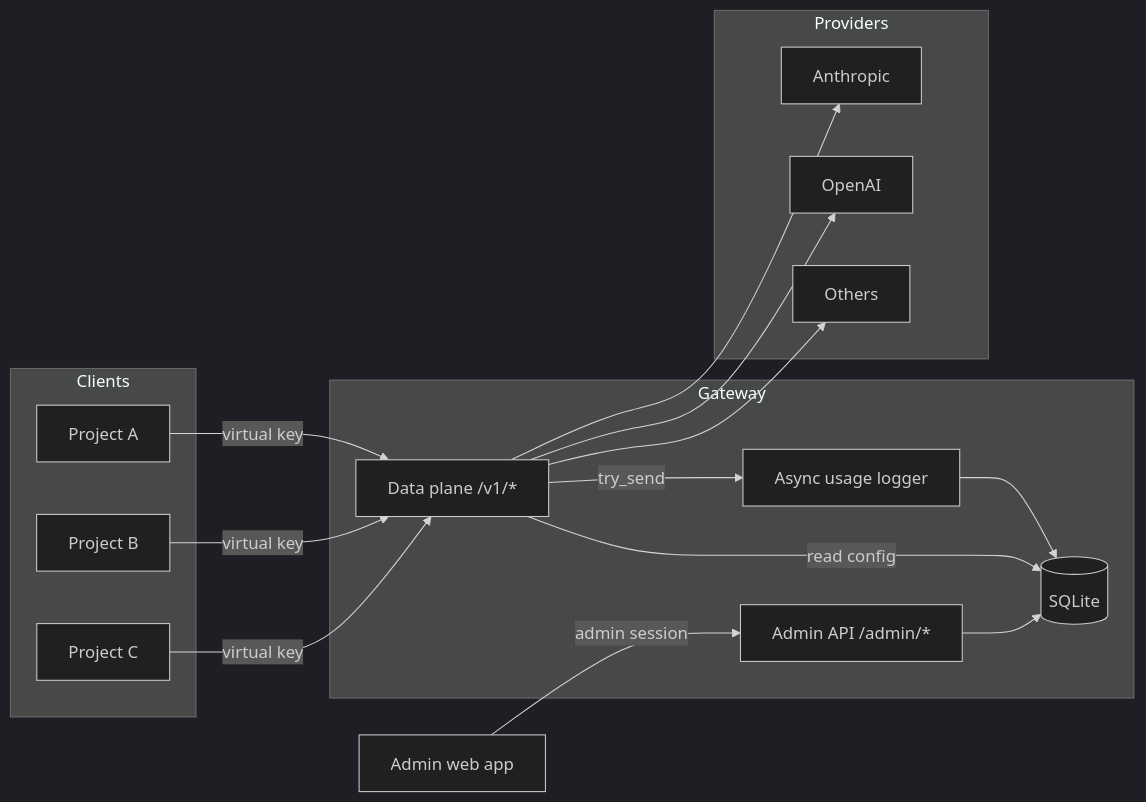
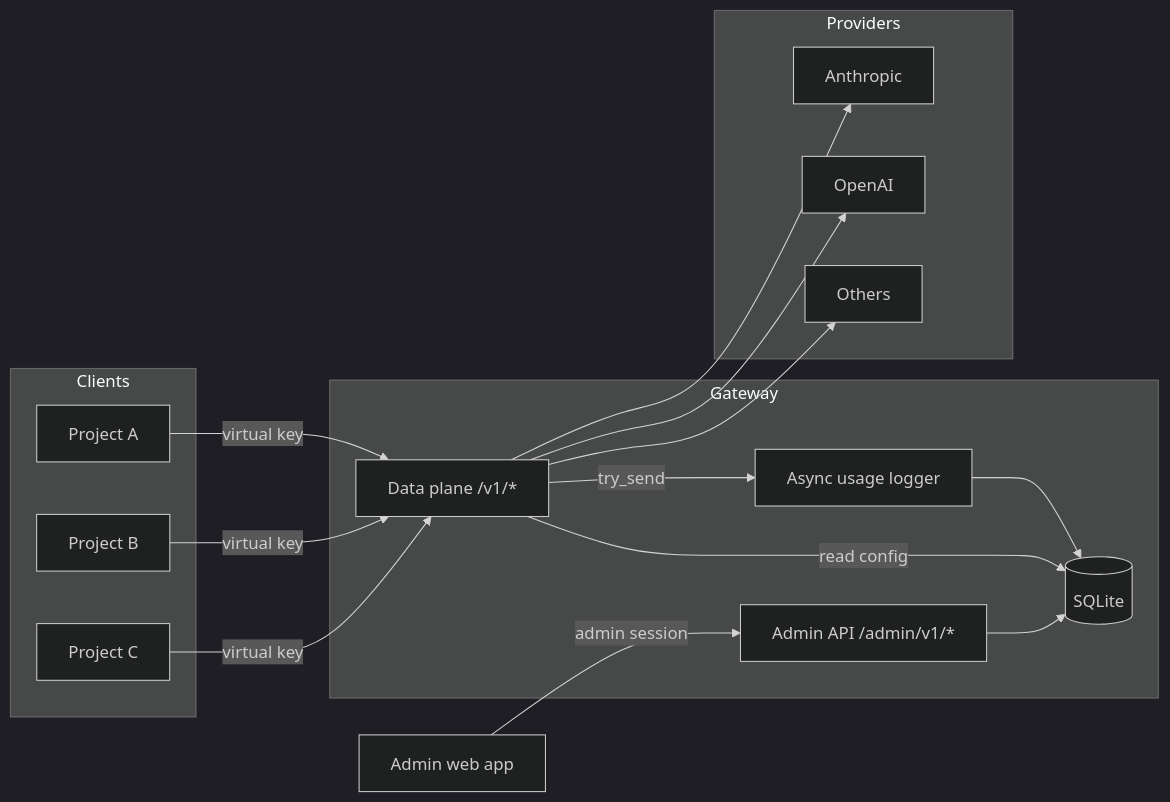
One commit to mezni/llmgw changed the first of 6 diagrams in docs/architecture.md. Above: the diagram before and after it, drawn with Mermaid (dark theme). The commit also changed other lines of this file and 6 other files, not shown here.

````diff
--- a/docs/architecture.md
+++ b/docs/architecture.md
@@ -7,35 +7,35 @@
 ```mermaid
 flowchart LR
     subgraph Clients
         PA[Project A]
         PB[Project B]
         PC[Project C]
     end
 
     subgraph Gateway
         DP[Data plane /v1/*]
-        AA[Admin API /admin/*]
+        AA[Admin API /admin/v1/*]
         UL[Async usage logger]
         DB[(SQLite)]
     end
 
     subgraph Providers
         AN[Anthropic]
         OA[OpenAI]
         OT[Others]
     end
 
     AU[Admin web app]
 
     PA -- "virtual key" --> DP
     PB -- "virtual key" --> DP
     PC -- "virtual key" --> DP
     DP --> AN
     DP --> OA
     DP --> OT
     DP -- "try_send" --> UL
     UL --> DB
     DP -- "read config" --> DB
     AU -- "admin session" --> AA
     AA --> DB
 ```
````
